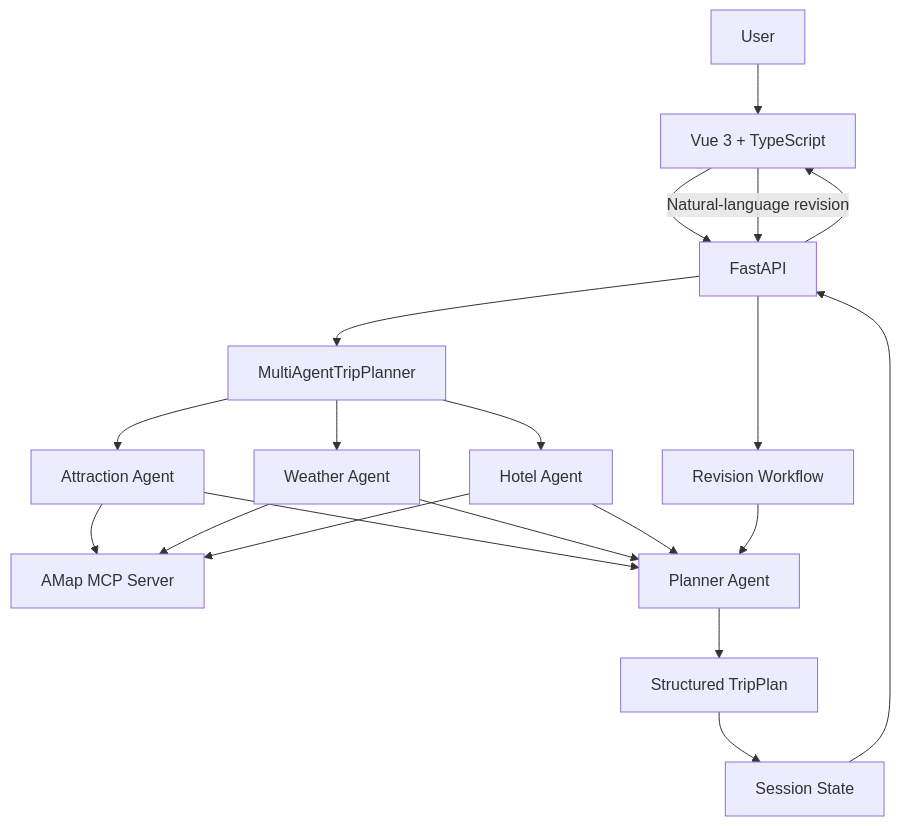
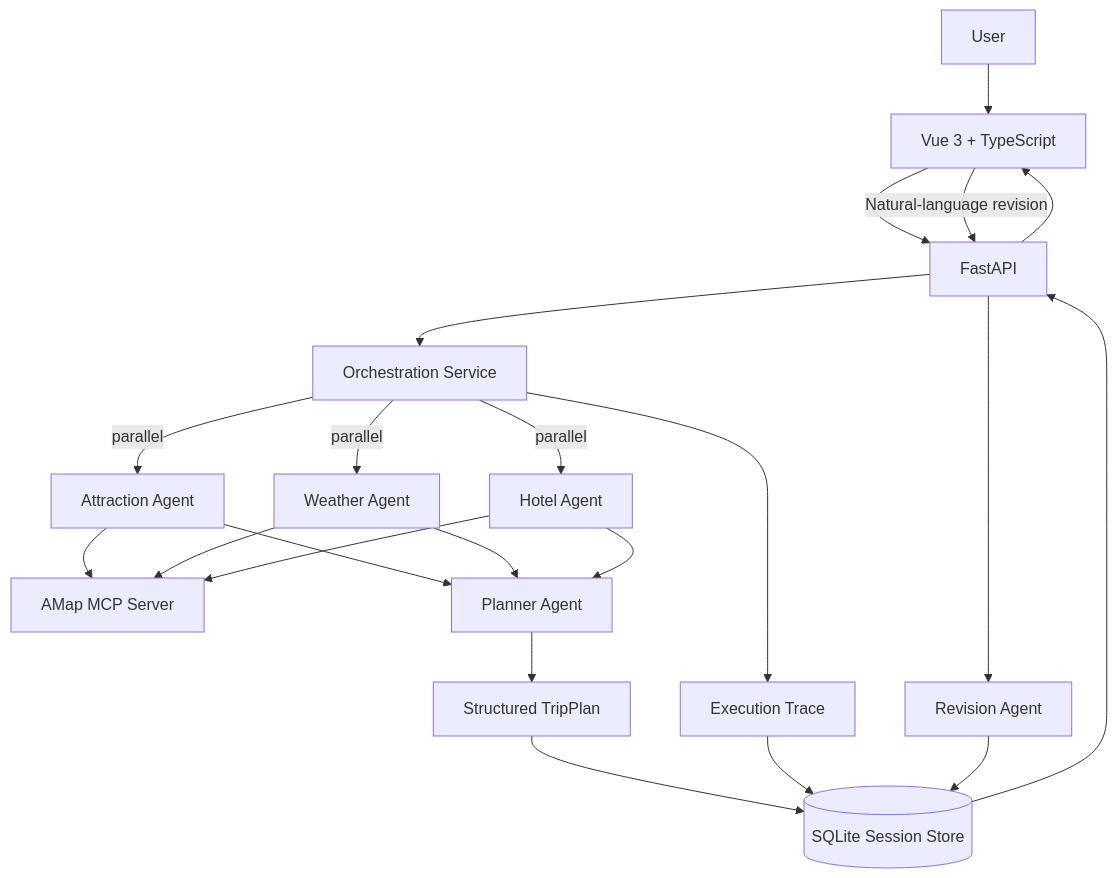
One commit to geomini1989-cpu/helloagents-trip-planner changed the diagram in README.md. Above: the diagram before and after it, drawn with Mermaid. The commit also changed other lines of this file, not shown here.

Commit message:
docs: align readme with orchestration tracing and persistence

````diff
--- a/README.md
+++ b/README.md
@@ -94,27 +21,30 @@
 ```mermaid
 flowchart TD
     U[User] --> FE[Vue 3 + TypeScript]
     FE --> API[FastAPI]
-    API --> ORCH[MultiAgentTripPlanner]
+    API --> O[Orchestration Service]
 
-    ORCH --> A[Attraction Agent]
-    ORCH --> W[Weather Agent]
-    ORCH --> H[Hotel Agent]
+    O -->|parallel| A[Attraction Agent]
+    O -->|parallel| W[Weather Agent]
+    O -->|parallel| H[Hotel Agent]
 
     A --> MCP[AMap MCP Server]
     W --> MCP
     H --> MCP
 
     A --> P[Planner Agent]
     W --> P
     H --> P
 
     P --> TP[Structured TripPlan]
-    TP --> S[Session State]
-    S --> API
+    TP --> DB[(SQLite Session Store)]
+    O --> T[Execution Trace]
+    T --> DB
+
+    DB --> API
     API --> FE
 
     FE -->|Natural-language revision| API
-    API --> R[Revision Workflow]
-    R --> P
+    API --> R[Revision Agent]
+    R --> DB
 ```
````
